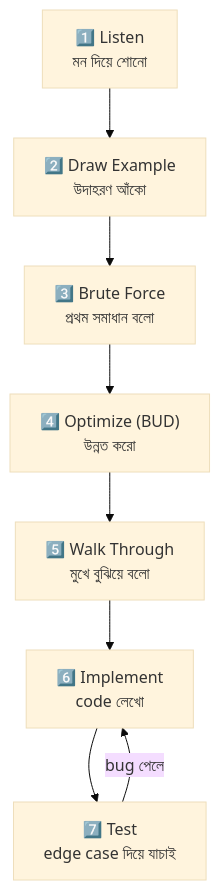
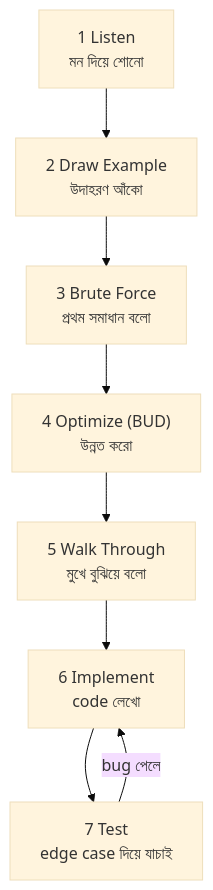
The diagram in interviews/cracking-the-coding-interview/chapter00_foundation.md (yousufCse/engineer-codex), drawn with Mermaid (base theme) before and after one commit. The commit also changed other lines of this file and 20 other files, not shown here.

````diff
--- a/interviews/cracking-the-coding-interview/chapter00_foundation.md
+++ b/interviews/cracking-the-coding-interview/chapter00_foundation.md
@@ -25,10 +27,10 @@
 ```mermaid
 flowchart TD
-    A["1️⃣ Listen<br/>মন দিয়ে শোনো"] --> B["2️⃣ Draw Example<br/>উদাহরণ আঁকো"]
-    B --> C["3️⃣ Brute Force<br/>প্রথম সমাধান বলো"]
-    C --> D["4️⃣ Optimize (BUD)<br/>উন্নত করো"]
-    D --> E["5️⃣ Walk Through<br/>মুখে বুঝিয়ে বলো"]
-    E --> F["6️⃣ Implement<br/>code লেখো"]
-    F --> G["7️⃣ Test<br/>edge case দিয়ে যাচাই"]
+    A["1 Listen<br/>মন দিয়ে শোনো"] --> B["2 Draw Example<br/>উদাহরণ আঁকো"]
+    B --> C["3 Brute Force<br/>প্রথম সমাধান বলো"]
+    C --> D["4 Optimize (BUD)<br/>উন্নত করো"]
+    D --> E["5 Walk Through<br/>মুখে বুঝিয়ে বলো"]
+    E --> F["6 Implement<br/>code লেখো"]
+    F --> G["7 Test<br/>edge case দিয়ে যাচাই"]
     G -->|bug পেলে| F
 ```
````
